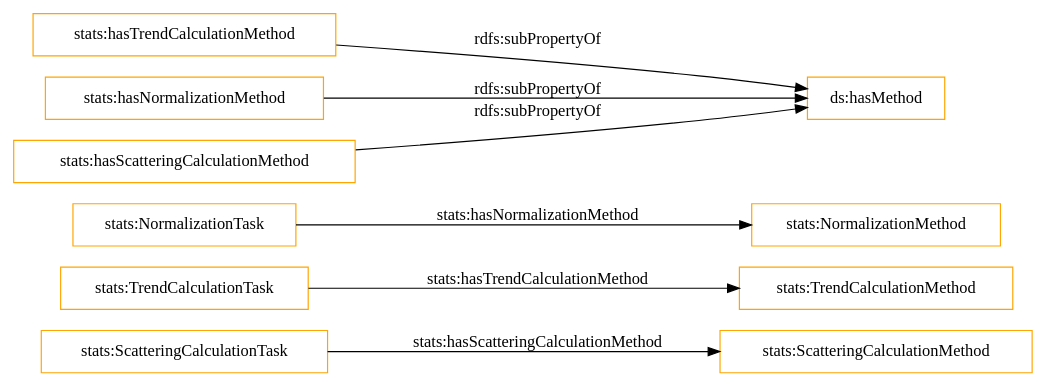
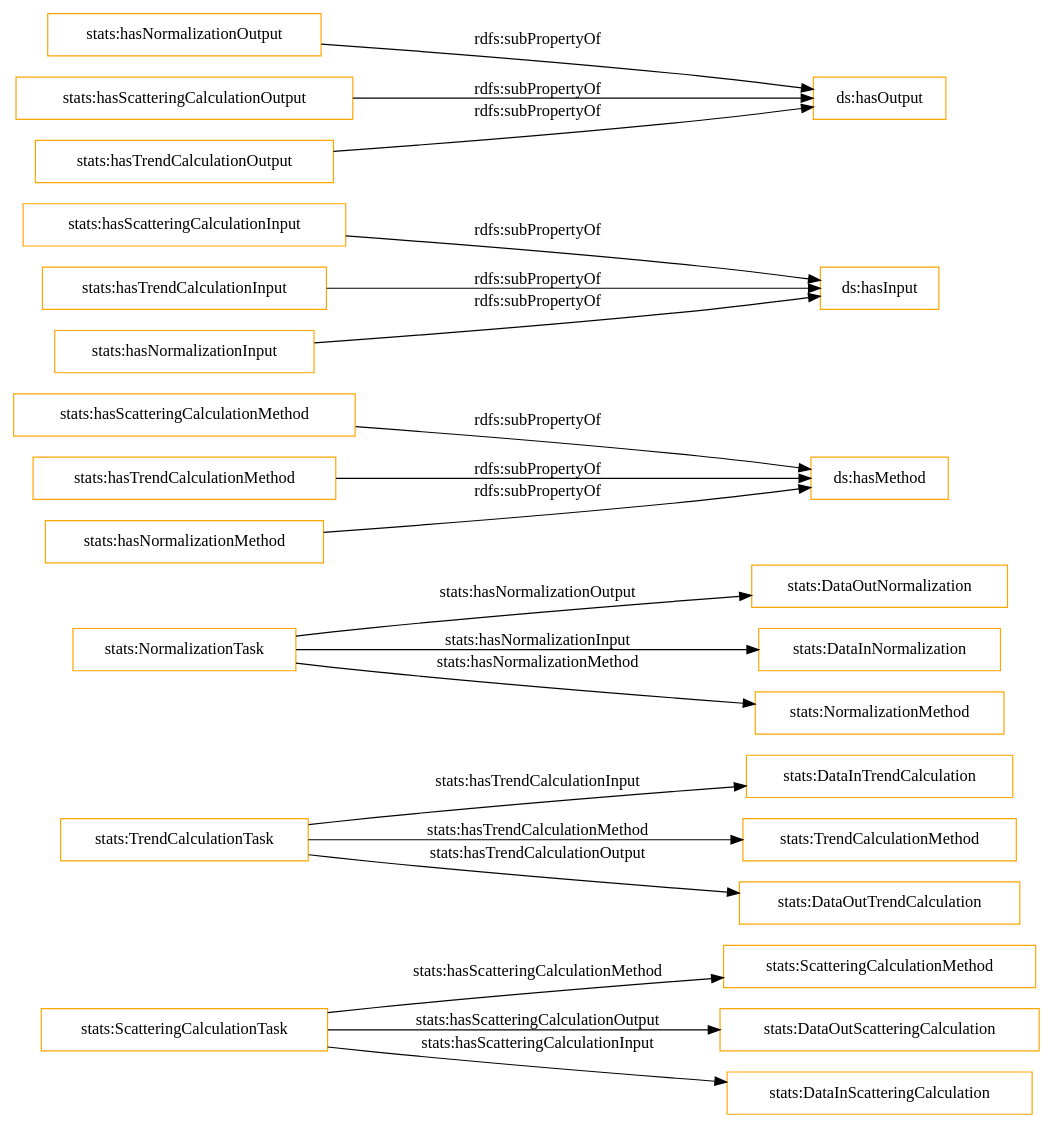
The diagram in OnToology/stats_exeKGOntology.ttl/diagrams/ar2dtool-class/stats_exeKGOntology.ttl.png.dot (nsai-uio/ExeKGOntology), drawn with Graphviz before and after one commit. The commit also changed 74 other files, not shown here.

```diff
--- a/OnToology/stats_exeKGOntology.ttl/diagrams/ar2dtool-class/stats_exeKGOntology.ttl.png.dot
+++ b/OnToology/stats_exeKGOntology.ttl/diagrams/ar2dtool-class/stats_exeKGOntology.ttl.png.dot
@@ -1,12 +1,24 @@
 digraph ar2dtool_diagram { 
 rankdir=LR;
 size="1501"
-node [shape = rectangle, color="orange"]; "stats:ScatteringCalculationTask" "stats:ScatteringCalculationMethod" "stats:TrendCalculationTask" "stats:NormalizationMethod" "stats:TrendCalculationMethod" "stats:NormalizationTask" ; /*classes style*/
+node [shape = rectangle, color="orange"]; "stats:ScatteringCalculationMethod" "stats:TrendCalculationTask" "stats:DataOutScatteringCalculation" "stats:NormalizationTask" "stats:DataOutNormalization" "stats:DataInTrendCalculation" "stats:DataInNormalization" "stats:DataInScatteringCalculation" "stats:NormalizationMethod" "stats:ScatteringCalculationTask" "stats:TrendCalculationMethod" "stats:DataOutTrendCalculation" ; /*classes style*/
+	"stats:hasScatteringCalculationMethod" -> "ds:hasMethod" [ label = "rdfs:subPropertyOf" ];
 	"stats:hasTrendCalculationMethod" -> "ds:hasMethod" [ label = "rdfs:subPropertyOf" ];
+	"stats:hasScatteringCalculationInput" -> "ds:hasInput" [ label = "rdfs:subPropertyOf" ];
+	"stats:hasTrendCalculationInput" -> "ds:hasInput" [ label = "rdfs:subPropertyOf" ];
+	"stats:hasNormalizationOutput" -> "ds:hasOutput" [ label = "rdfs:subPropertyOf" ];
+	"stats:hasScatteringCalculationOutput" -> "ds:hasOutput" [ label = "rdfs:subPropertyOf" ];
+	"stats:hasNormalizationInput" -> "ds:hasInput" [ label = "rdfs:subPropertyOf" ];
 	"stats:hasNormalizationMethod" -> "ds:hasMethod" [ label = "rdfs:subPropertyOf" ];
-	"stats:hasScatteringCalculationMethod" -> "ds:hasMethod" [ label = "rdfs:subPropertyOf" ];
+	"stats:hasTrendCalculationOutput" -> "ds:hasOutput" [ label = "rdfs:subPropertyOf" ];
+	"stats:TrendCalculationTask" -> "stats:TrendCalculationMethod" [ label = "stats:hasTrendCalculationMethod" ];
+	"stats:ScatteringCalculationTask" -> "stats:DataInScatteringCalculation" [ label = "stats:hasScatteringCalculationInput" ];
+	"stats:ScatteringCalculationTask" -> "stats:DataOutScatteringCalculation" [ label = "stats:hasScatteringCalculationOutput" ];
 	"stats:NormalizationTask" -> "stats:NormalizationMethod" [ label = "stats:hasNormalizationMethod" ];
-	"stats:TrendCalculationTask" -> "stats:TrendCalculationMethod" [ label = "stats:hasTrendCalculationMethod" ];
 	"stats:ScatteringCalculationTask" -> "stats:ScatteringCalculationMethod" [ label = "stats:hasScatteringCalculationMethod" ];
+	"stats:NormalizationTask" -> "stats:DataInNormalization" [ label = "stats:hasNormalizationInput" ];
+	"stats:TrendCalculationTask" -> "stats:DataOutTrendCalculation" [ label = "stats:hasTrendCalculationOutput" ];
+	"stats:TrendCalculationTask" -> "stats:DataInTrendCalculation" [ label = "stats:hasTrendCalculationInput" ];
+	"stats:NormalizationTask" -> "stats:DataOutNormalization" [ label = "stats:hasNormalizationOutput" ];
 
 }
```
